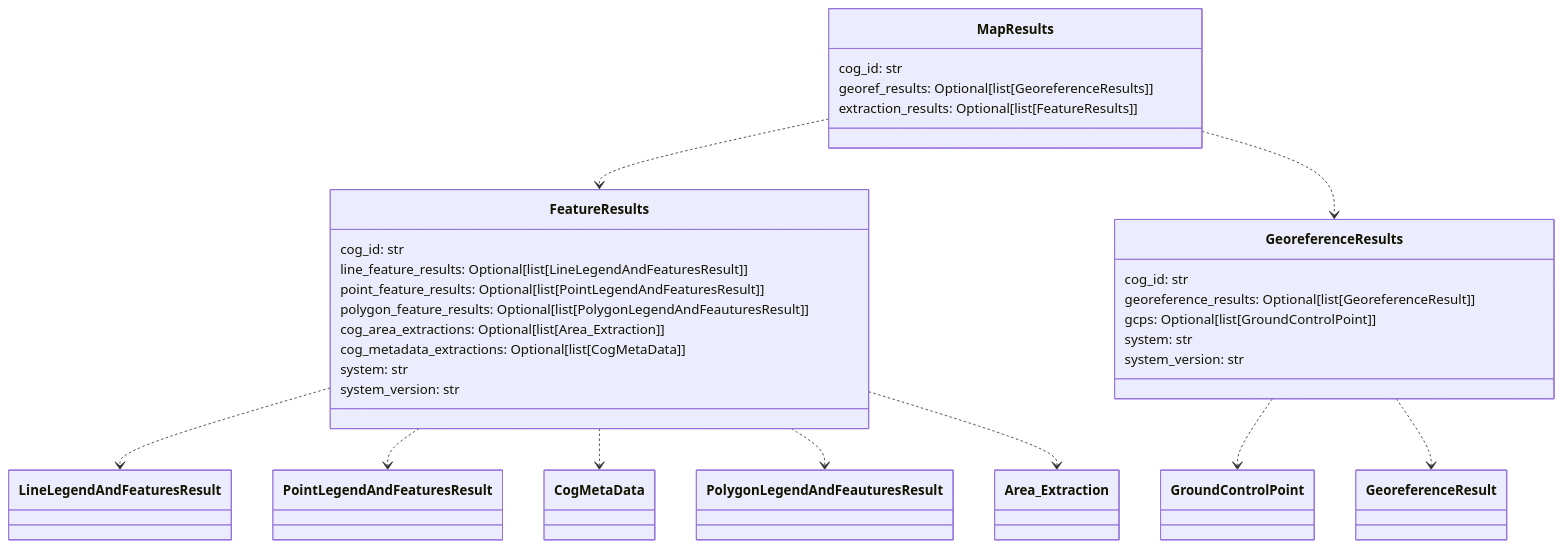
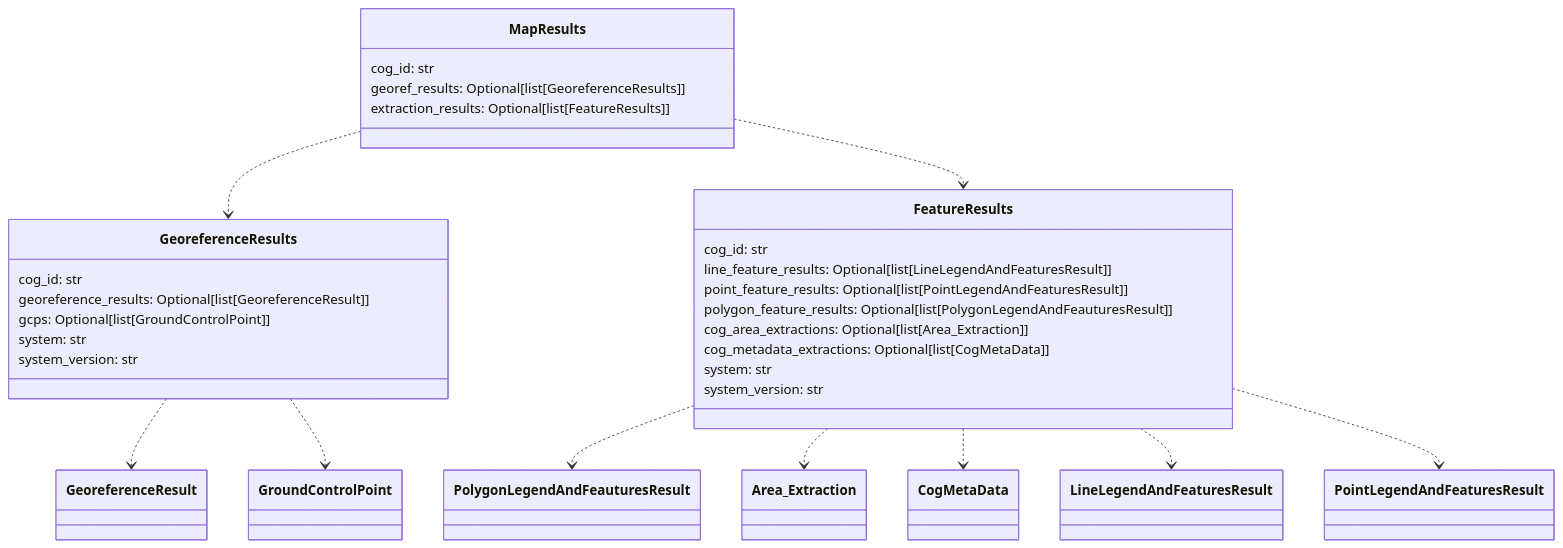
Before and after one commit to DARPA-CRITICALMAAS/cdr_schemas: diagram 11 of 12 in README.md, drawn with Mermaid. The commit also changed other lines of this file and 2 other files, not shown here.

````diff
--- a/README.md
+++ b/README.md
@@ -864,40 +864,40 @@
 ```mermaid
 classDiagram
-
-    class FeatureResults {
-        cog_id: str
-        line_feature_results: Optional[list[LineLegendAndFeaturesResult]]
-        point_feature_results: Optional[list[PointLegendAndFeaturesResult]]
-        polygon_feature_results: Optional[list[PolygonLegendAndFeauturesResult]]
-        cog_area_extractions: Optional[list[Area_Extraction]]
-        cog_metadata_extractions: Optional[list[CogMetaData]]
-        system: str
-        system_version: str
-    }
 
     class GeoreferenceResults {
         cog_id: str
         georeference_results: Optional[list[GeoreferenceResult]]
         gcps: Optional[list[GroundControlPoint]]
         system: str
         system_version: str
     }
 
     class MapResults {
         cog_id: str
         georef_results: Optional[list[GeoreferenceResults]]
         extraction_results: Optional[list[FeatureResults]]
     }
 
+    class FeatureResults {
+        cog_id: str
+        line_feature_results: Optional[list[LineLegendAndFeaturesResult]]
+        point_feature_results: Optional[list[PointLegendAndFeaturesResult]]
+        polygon_feature_results: Optional[list[PolygonLegendAndFeauturesResult]]
+        cog_area_extractions: Optional[list[Area_Extraction]]
+        cog_metadata_extractions: Optional[list[CogMetaData]]
+        system: str
+        system_version: str
+    }
+
+    FeatureResults ..> PolygonLegendAndFeauturesResult
+    FeatureResults ..> Area_Extraction
+    FeatureResults ..> CogMetaData
     FeatureResults ..> LineLegendAndFeaturesResult
     FeatureResults ..> PointLegendAndFeaturesResult
-    FeatureResults ..> CogMetaData
-    FeatureResults ..> PolygonLegendAndFeauturesResult
-    FeatureResults ..> Area_Extraction
+    GeoreferenceResults ..> GeoreferenceResult
     GeoreferenceResults ..> GroundControlPoint
-    GeoreferenceResults ..> GeoreferenceResult
+    MapResults ..> GeoreferenceResults
     MapResults ..> FeatureResults
-    MapResults ..> GeoreferenceResults
 
 
 ```
````
